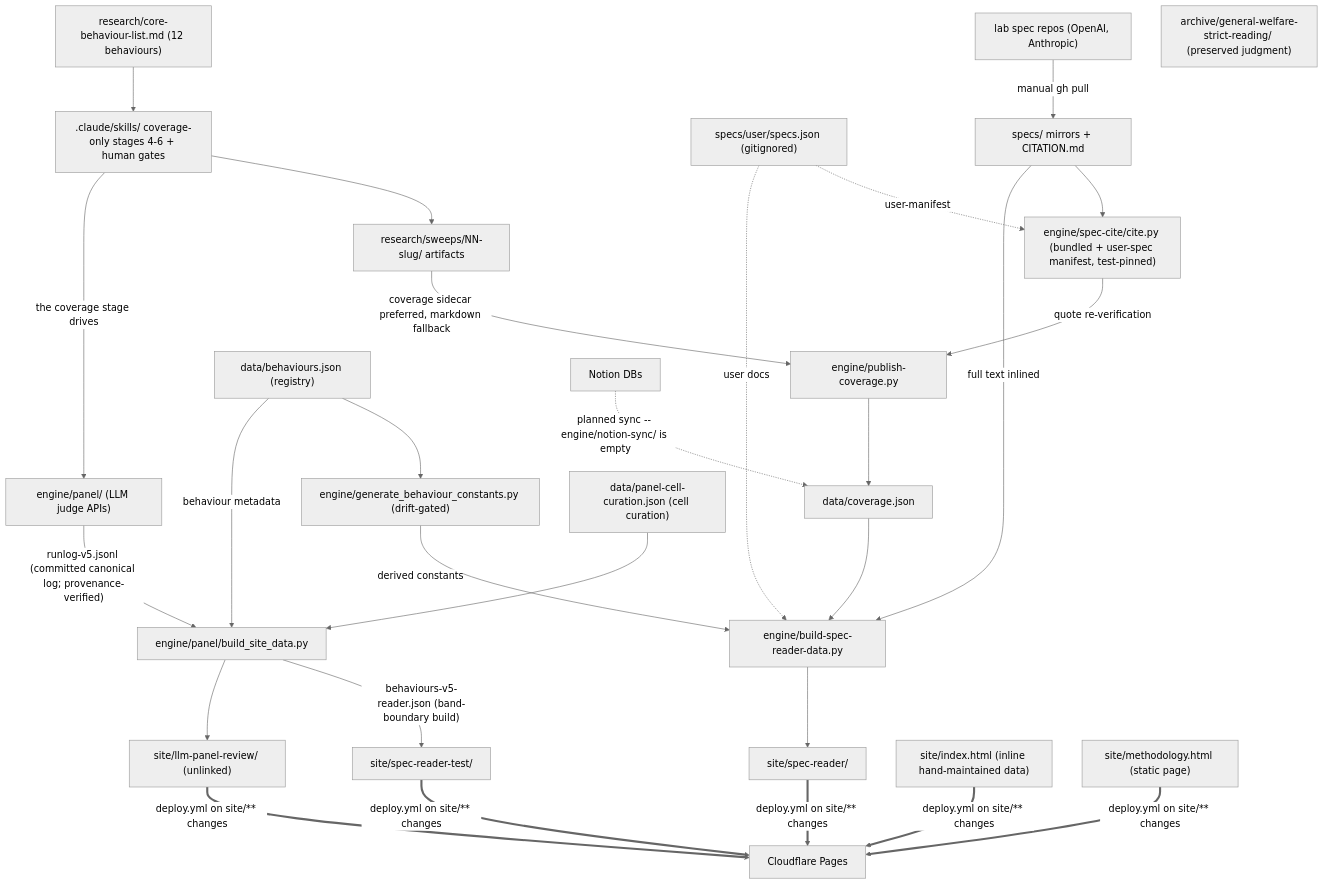
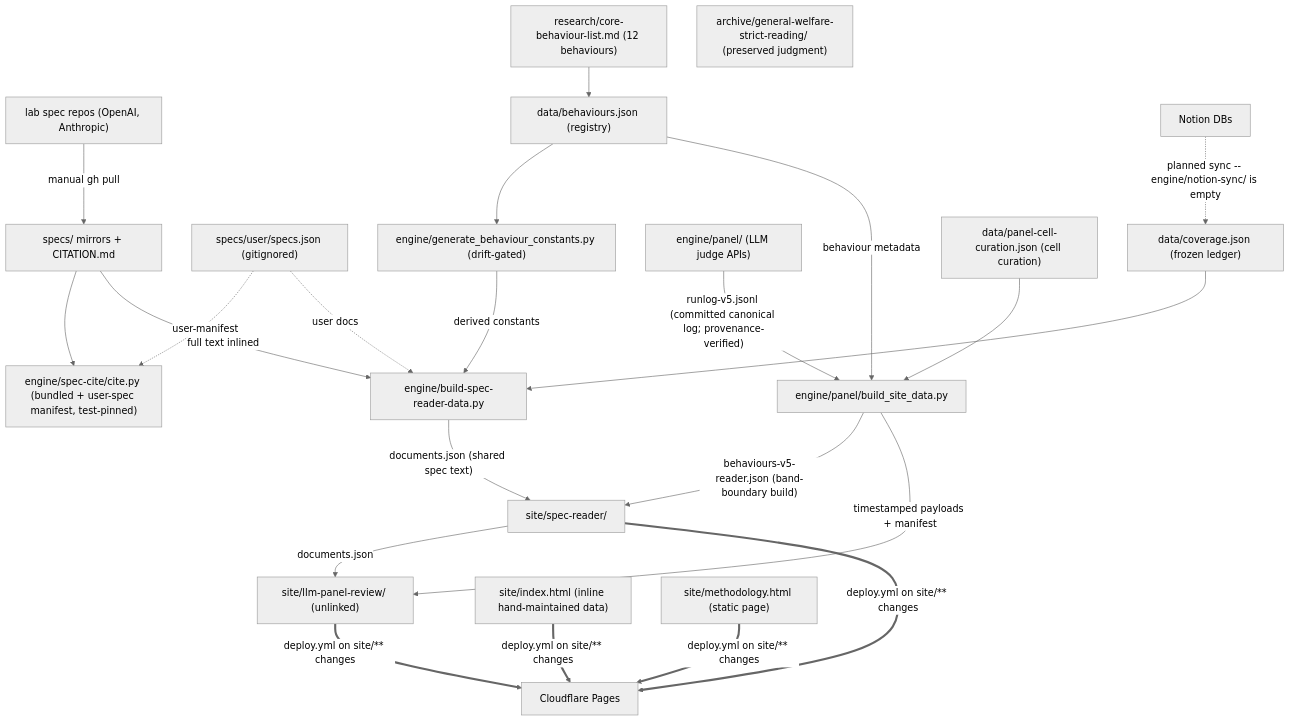
The diagram in SYSTEM.md (AndresCotton/ai-character-index), drawn with Mermaid (neutral theme) before and after one commit. The commit also changed other lines of this file and 30 other files, not shown here.

````diff
--- a/SYSTEM.md
+++ b/SYSTEM.md
@@ -13,28 +13,24 @@
 ```mermaid
 graph TB
   upstream["lab spec repos (OpenAI, Anthropic)"] -->|"manual gh pull"| specs["specs/ mirrors + CITATION.md"]
   specs --> cite["engine/spec-cite/cite.py (bundled + user-spec manifest, test-pinned)"]
   um["specs/user/specs.json (gitignored)"] -.->|user-manifest| cite
-  core["research/core-behaviour-list.md (12 behaviours)"] --> skills[".claude/skills/ coverage-only stages 4-6 + human gates"]
-  skills --> sweeps["research/sweeps/NN-slug/ artifacts"]
-  skills -->|"the coverage stage drives"| panel["engine/panel/ (LLM judge APIs)"]
-  sweeps -->|"coverage sidecar preferred, markdown fallback"| pub["engine/publish-coverage.py"]
-  cite -->|"quote re-verification"| pub
-  pub --> cov["data/coverage.json"]
-  panel -->|"runlog-v5.jsonl (committed canonical log; provenance-verified)"| bsd["engine/panel/build_site_data.py"]
-  reg["data/behaviours.json (registry)"] --> gbc["engine/generate_behaviour_constants.py (drift-gated)"]
+  core["research/core-behaviour-list.md (12 behaviours)"] --> reg["data/behaviours.json (registry)"]
+  cov["data/coverage.json (frozen ledger)"] --> bsr
+  panel["engine/panel/ (LLM judge APIs)"] -->|"runlog-v5.jsonl (committed canonical log; provenance-verified)"| bsd["engine/panel/build_site_data.py"]
+  reg --> gbc["engine/generate_behaviour_constants.py (drift-gated)"]
   reg -->|behaviour metadata| bsd
   gbc -->|derived constants| bsr
   cur["data/panel-cell-curation.json (cell curation)"] --> bsd
-  cov --> bsr["engine/build-spec-reader-data.py"]
-  um -.->|user docs| bsr
+  um -.->|user docs| bsr["engine/build-spec-reader-data.py"]
   specs -->|"full text inlined"| bsr
-  bsr --> reader["site/spec-reader/"]
-  bsd -->|"behaviours-v5-reader.json (band-boundary build)"| bench["site/spec-reader-test/"]
-  bsd --> panelview["site/llm-panel-review/ (unlinked)"]
+  bsr -->|"documents.json (shared spec text)"| reader["site/spec-reader/"]
+  bsd -->|"behaviours-v5-reader.json (band-boundary build)"| reader
+  bsd -->|"timestamped payloads + manifest"| panelview["site/llm-panel-review/ (unlinked)"]
+  reader -->|"documents.json"| panelview
   arch["archive/general-welfare-strict-reading/ (preserved judgment)"]
   proto["site/index.html (inline hand-maintained data)"]
   meth["site/methodology.html (static page)"]
-  reader & bench & panelview & proto & meth ==>|"deploy.yml on site/** changes"| cf["Cloudflare Pages"]
+  reader & panelview & proto & meth ==>|"deploy.yml on site/** changes"| cf["Cloudflare Pages"]
   notion["Notion DBs"] -.->|"planned sync -- engine/notion-sync/ is empty"| cov
 ```
````
